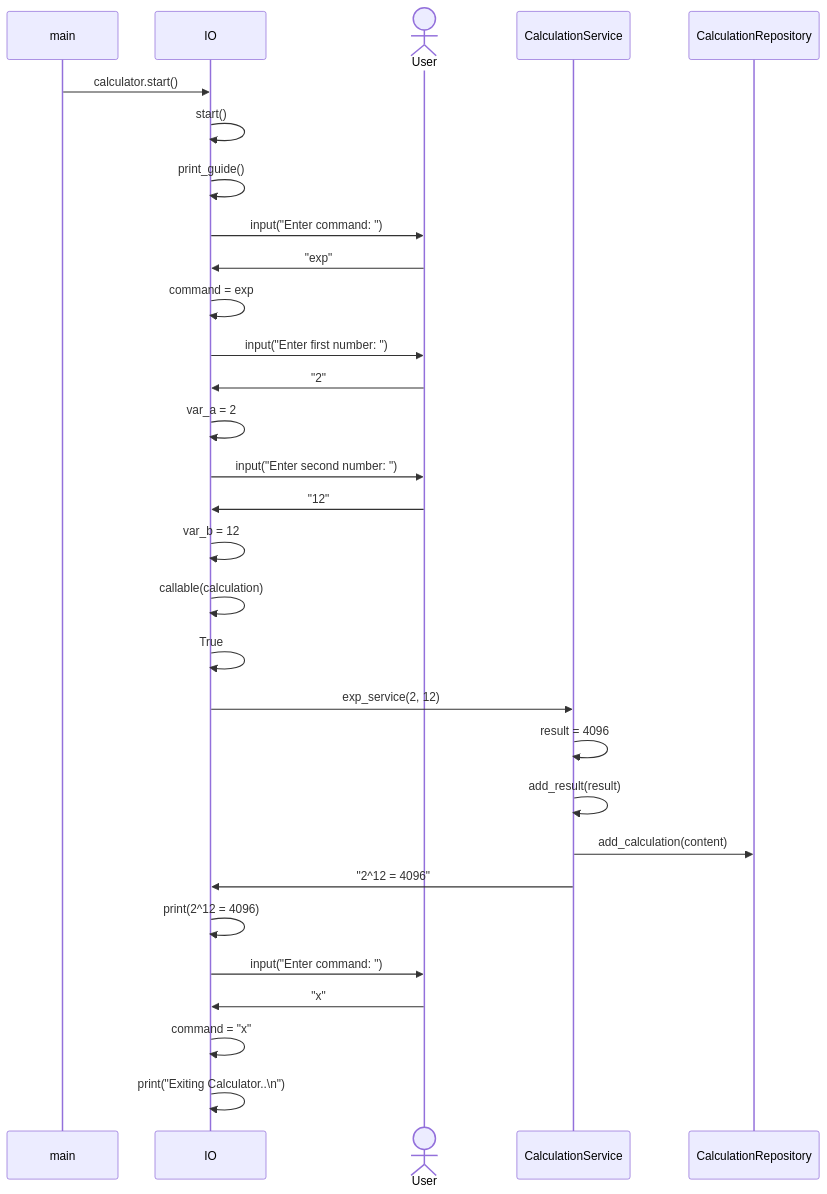
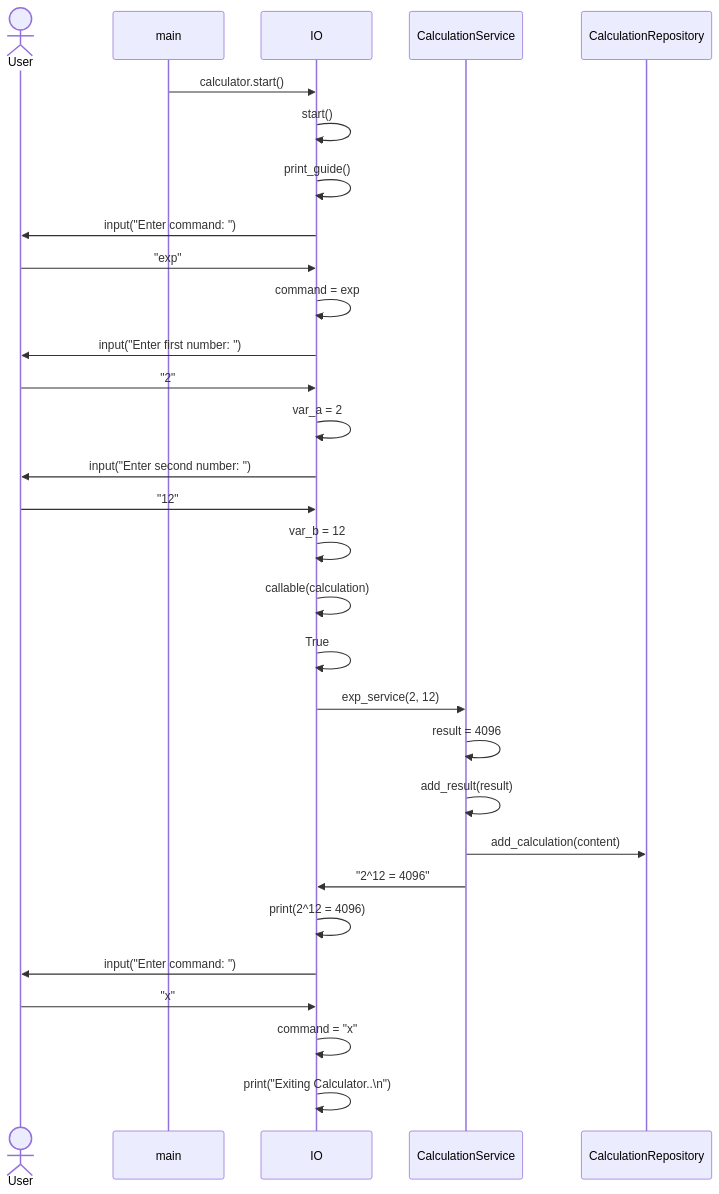
Before and after one commit to n0spoon/ot-harjoitustyo: the second of 2 diagrams in dokumentaatio/arkkitehtuuri.md, drawn with Mermaid. The commit also changed other lines of this file, not shown here.

Commit message:
Created a sequence diagram to illustrate functionality of the program

````diff
--- a/dokumentaatio/arkkitehtuuri.md
+++ b/dokumentaatio/arkkitehtuuri.md
@@ -44,28 +44,28 @@
 ```mermaid
  sequenceDiagram
+     actor User
      main->>IO: calculator.start()
      IO->>IO: start()
      IO->>IO: print_guide()
-     actor User 
      IO->>User: input("Enter command: ")
      User->>IO: "exp"
      IO->>IO: command = exp
      IO->>User: input("Enter first number: ")
      User->>IO: "2"
      IO->>IO: var_a = 2
      IO->>User: input("Enter second number: ")
      User->>IO: "12"
      IO->>IO: var_b = 12
      IO->>IO: callable(calculation)
      IO->>IO: True
      IO->>CalculationService: exp_service(2, 12)
      CalculationService->>CalculationService: result = 4096
      CalculationService->>CalculationService: add_result(result)
      CalculationService->>CalculationRepository: add_calculation(content) 
      CalculationService->>IO: "2^12 = 4096"
      IO->>IO: print(2^12 = 4096)
      IO->>User: input("Enter command: ")
      User->>IO: "x"
      IO->>IO: command = "x"
      IO->>IO: print("Exiting Calculator..\n")
 ```
````
